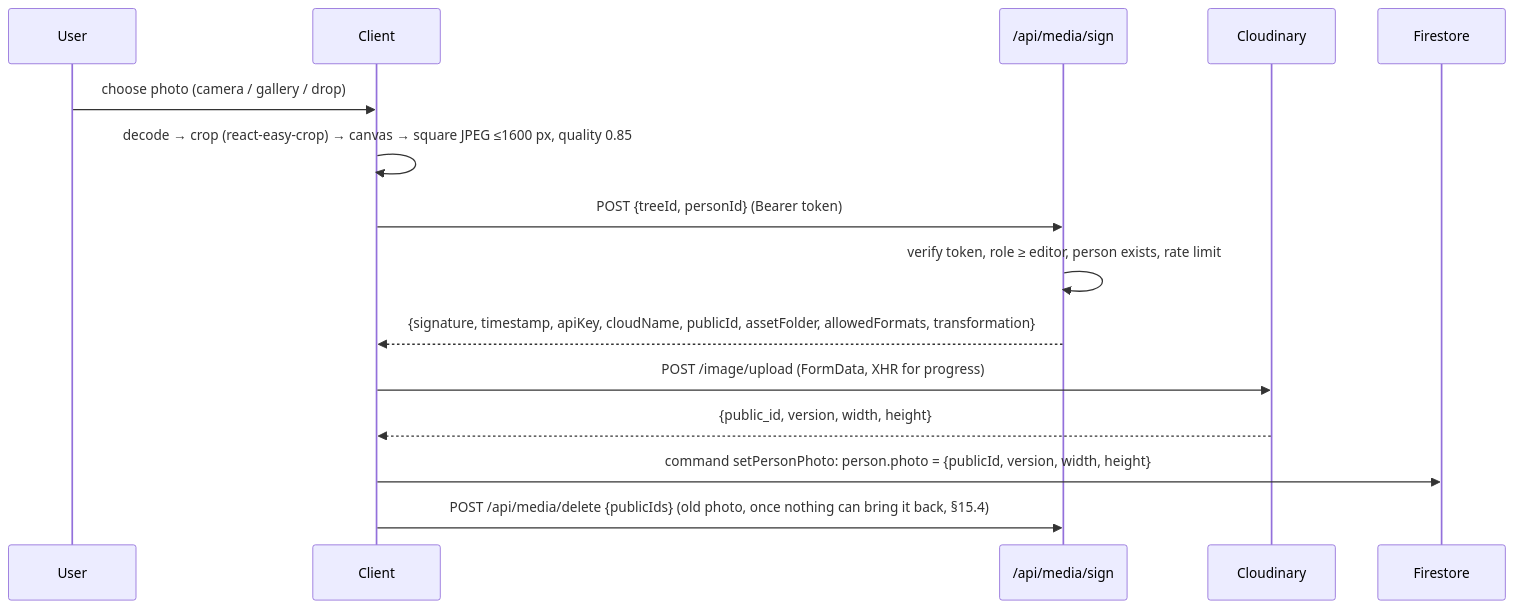
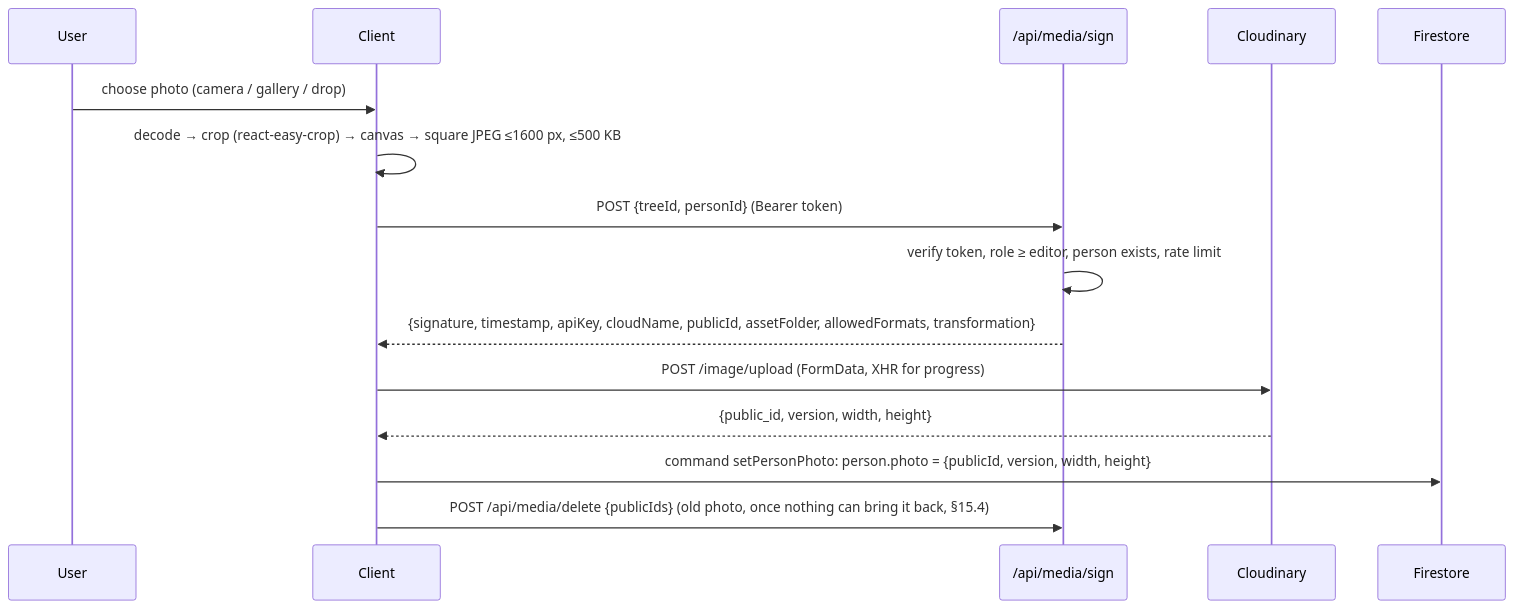
One commit to redwanhasan980/Family-Tree changed the eighth of 8 diagrams in docs/DESIGN.md. Above: the diagram before and after it, drawn with Mermaid. The commit also changed other lines of this file and 8 other files, not shown here.

````diff
--- a/docs/DESIGN.md
+++ b/docs/DESIGN.md
@@ -1208,17 +1208,17 @@
 ```mermaid
 sequenceDiagram
     participant U as User
     participant C as Client
     participant S as /api/media/sign
     participant K as Cloudinary
     participant F as Firestore
     U->>C: choose photo (camera / gallery / drop)
-    C->>C: decode → crop (react-easy-crop) → canvas → square JPEG ≤1600 px, quality 0.85
+    C->>C: decode → crop (react-easy-crop) → canvas → square JPEG ≤1600 px, ≤500 KB
     C->>S: POST {treeId, personId} (Bearer token)
     S->>S: verify token, role ≥ editor, person exists, rate limit
     S-->>C: {signature, timestamp, apiKey, cloudName, publicId, assetFolder, allowedFormats, transformation}
     C->>K: POST /image/upload (FormData, XHR for progress)
     K-->>C: {public_id, version, width, height}
     C->>F: command setPersonPhoto: person.photo = {publicId, version, width, height}
     C->>S: POST /api/media/delete {publicIds} (old photo, once nothing can bring it back, §15.4)
 ```
````
